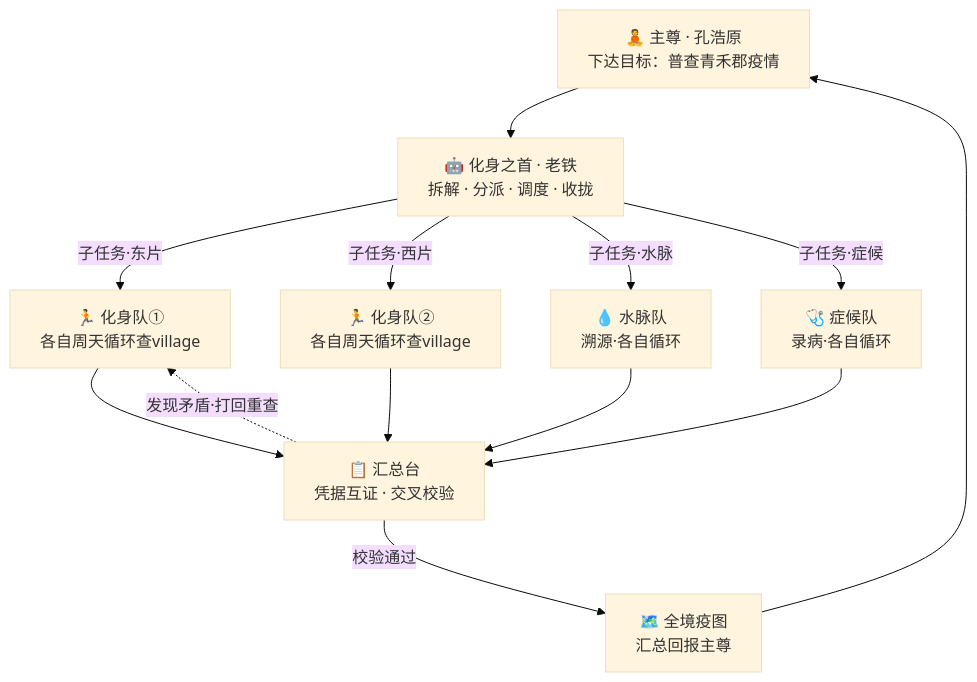
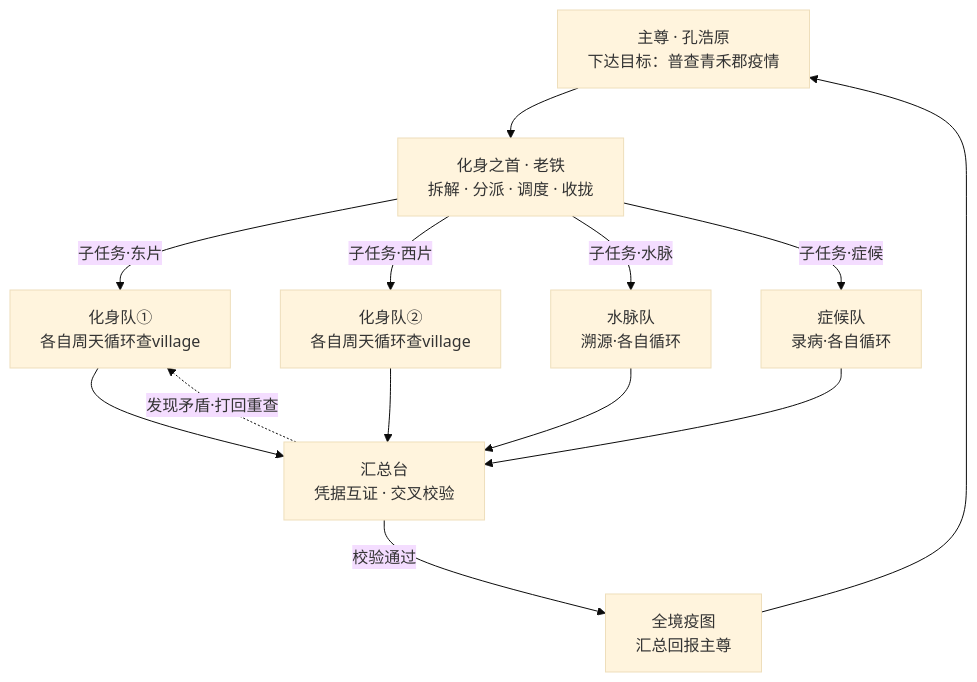
The diagram in docs/09_STORY_修仙学AI/STORY-大乘/[STORY-章节-127] 第13章 大乘·化身万千.md (luckykhy/KhyAiHub), drawn with Mermaid (base theme) before and after one commit. The commit also changed other lines of this file and 19 other files, not shown here.

````diff
--- a/docs/09_STORY_修仙学AI/STORY-大乘/[STORY-章节-127] 第13章 大乘·化身万千.md
+++ b/docs/09_STORY_修仙学AI/STORY-大乘/[STORY-章节-127] 第13章 大乘·化身万千.md
@@ -82,15 +82,15 @@
 ```mermaid
 flowchart TD
-    A["🧘 主尊 · 孔浩原<br/>下达目标：普查青禾郡疫情"] --> B["🤖 化身之首 · 老铁<br/>拆解 · 分派 · 调度 · 收拢"]
-    B -->|子任务·东片| C1["🏃 化身队①<br/>各自周天循环查village"]
-    B -->|子任务·西片| C2["🏃 化身队②<br/>各自周天循环查village"]
-    B -->|子任务·水脉| C3["💧 水脉队<br/>溯源·各自循环"]
-    B -->|子任务·症候| C4["🩺 症候队<br/>录病·各自循环"]
-    C1 --> D["📋 汇总台<br/>凭据互证 · 交叉校验"]
+    A["主尊 · 孔浩原<br/>下达目标：普查青禾郡疫情"] --> B["化身之首 · 老铁<br/>拆解 · 分派 · 调度 · 收拢"]
+    B -->|子任务·东片| C1["化身队①<br/>各自周天循环查village"]
+    B -->|子任务·西片| C2["化身队②<br/>各自周天循环查village"]
+    B -->|子任务·水脉| C3["水脉队<br/>溯源·各自循环"]
+    B -->|子任务·症候| C4["症候队<br/>录病·各自循环"]
+    C1 --> D["汇总台<br/>凭据互证 · 交叉校验"]
     C2 --> D
     C3 --> D
     C4 --> D
-    D -->|校验通过| E["🗺️ 全境疫图<br/>汇总回报主尊"]
+    D -->|校验通过| E["全境疫图<br/>汇总回报主尊"]
     D -.->|发现矛盾·打回重查| C1
     E --> A
 ```
````
